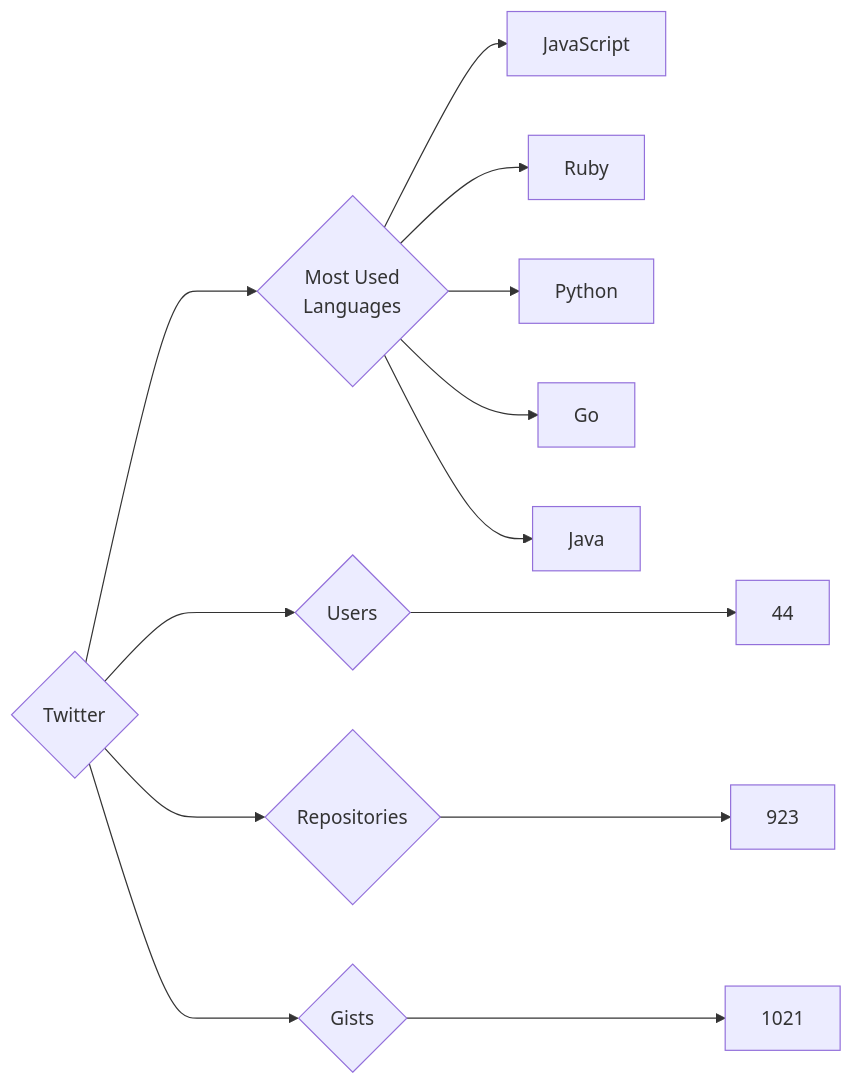
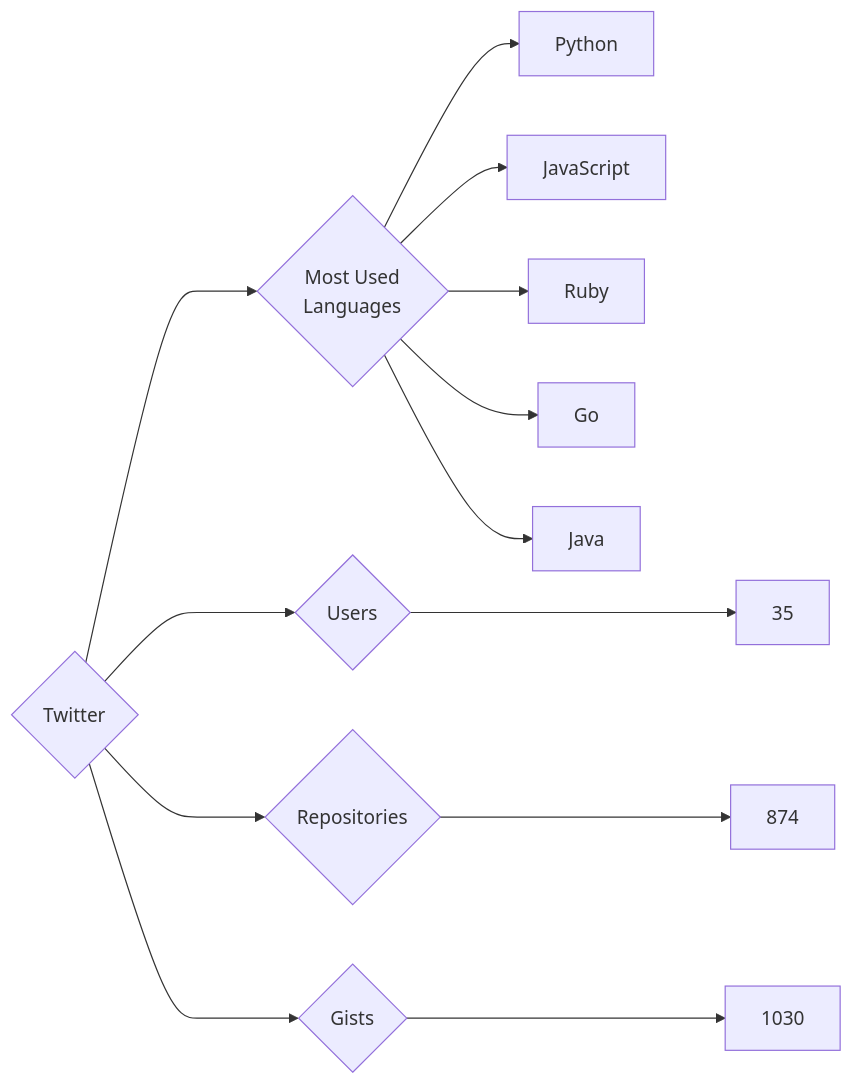
Before and after one commit to trickest/insiders: the diagram in targets/Twitter/README.md, drawn with Mermaid. The commit also changed 870 other files, not shown here.

````diff
--- a/targets/Twitter/README.md
+++ b/targets/Twitter/README.md
@@ -3,13 +3,13 @@
 ```mermaid
 graph LR
 COMPANY_NAME{Twitter}
-COMPANY_NAME ---> U{Users} ---> UN[44]
-COMPANY_NAME ---> R{Repositories} ---> RN[923]
-COMPANY_NAME ---> G{Gists} ---> GN[1021]
+COMPANY_NAME ---> U{Users} ---> UN[35]
+COMPANY_NAME ---> R{Repositories} ---> RN[874]
+COMPANY_NAME ---> G{Gists} ---> GN[1030]
 COMPANY_NAME ---> ML{Most Used<br>Languages}
+ML --> Python[Python]
 ML --> JavaScript[JavaScript]
 ML --> Ruby[Ruby]
-ML --> Python[Python]
 ML --> Go[Go]
 ML --> Java[Java]
 ```
````
